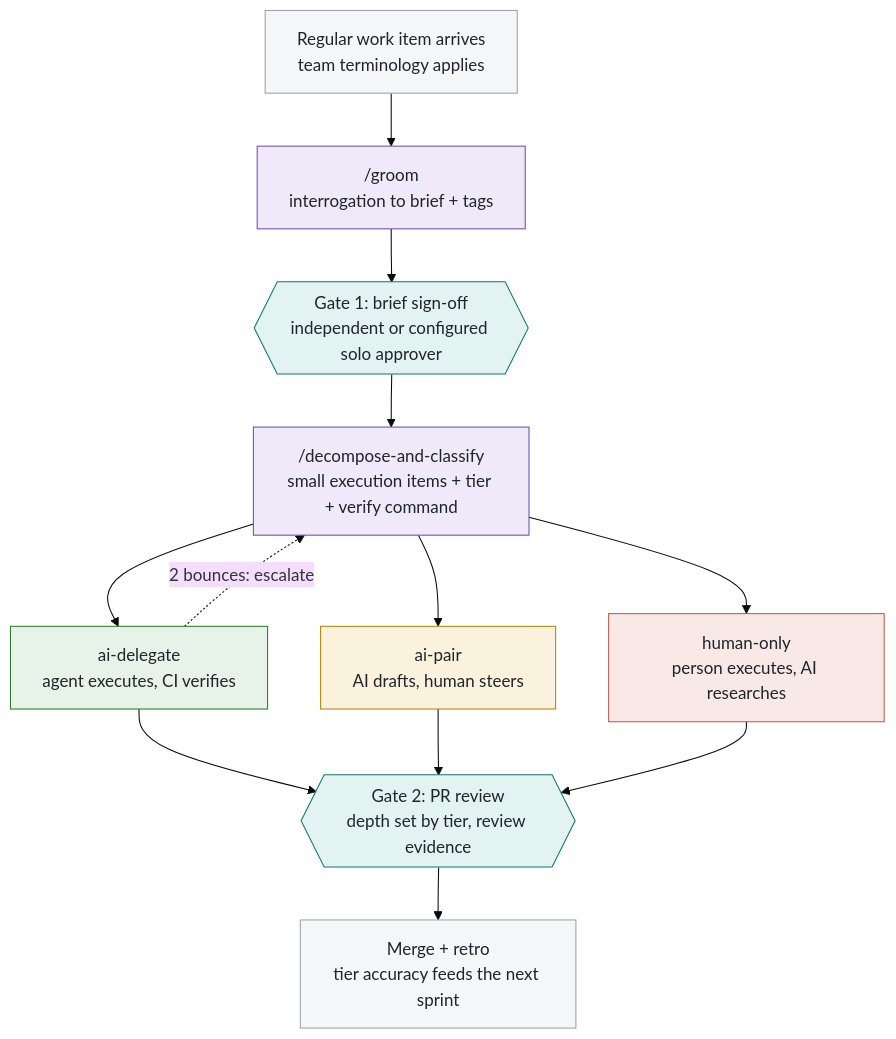
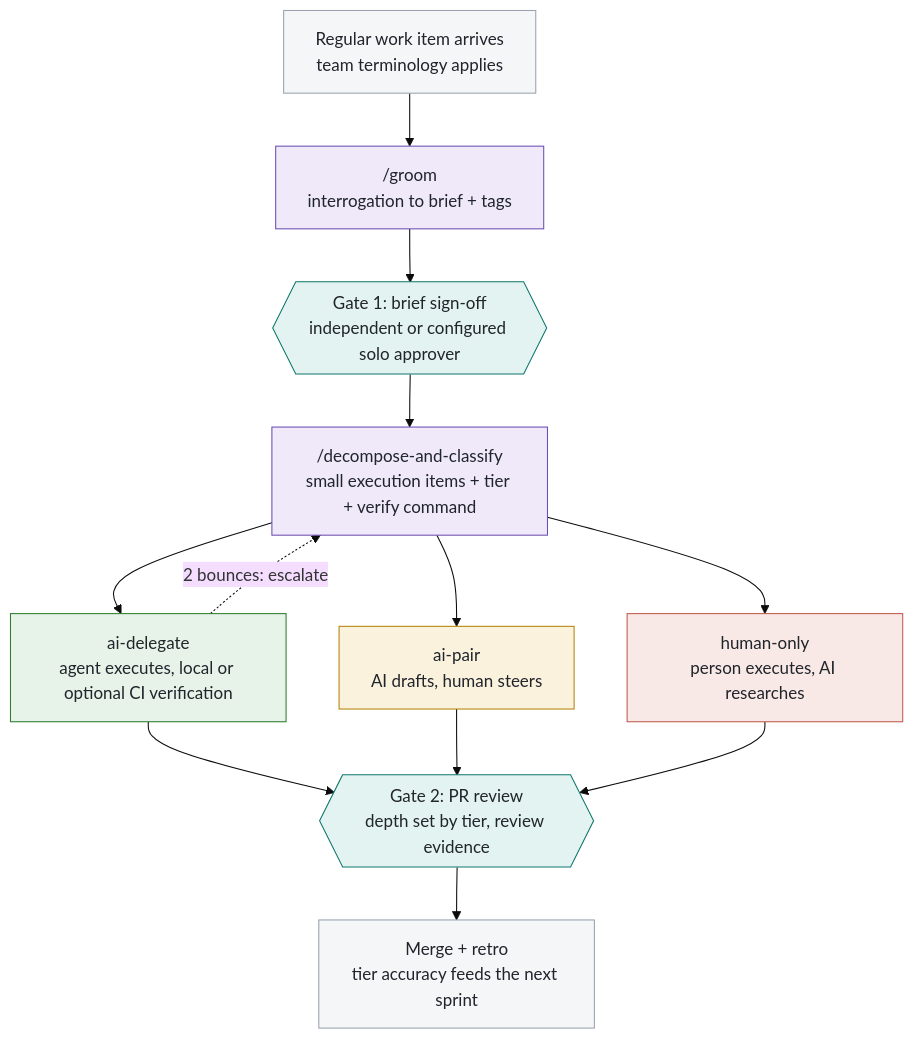
The first of 3 diagrams in whitepaper.md (izavdev/ai_first), drawn with Mermaid (base theme) before and after one commit. The commit also changed other lines of this file and 25 other files, not shown here.

First line of the commit message:
Refine schema validation and approval processes

````diff
--- a/whitepaper.md
+++ b/whitepaper.md
@@ -61,35 +61,35 @@
 ```mermaid
 flowchart TD
     A["Regular work item arrives<br/>team terminology applies"]
     B["/groom<br/>interrogation to brief + tags"]
     C{{"Gate 1: brief sign-off<br/>independent or configured solo approver"}}
     D["/decompose-and-classify<br/>small execution items + tier + verify command"]
-    E["ai-delegate<br/>agent executes, CI verifies"]
+    E["ai-delegate<br/>agent executes, local or optional CI verification"]
     F["ai-pair<br/>AI drafts, human steers"]
     G["human-only<br/>person executes, AI researches"]
     H{{"Gate 2: PR review<br/>depth set by tier, review evidence"}}
     I["Merge + retro<br/>tier accuracy feeds the next sprint"]
 
     A --> B --> C --> D
     D --> E
     D --> F
     D --> G
     E --> H
     F --> H
     G --> H
     H --> I
     E -. "2 bounces: escalate" .-> D
 
     classDef skill fill:#efe9fa,stroke:#6d4fb3,color:#20242b
     classDef gate fill:#e2f3f1,stroke:#0f766e,color:#20242b
     classDef delegate fill:#e7f3e8,stroke:#2e7d32,color:#20242b
     classDef pair fill:#faf2dd,stroke:#b5850b,color:#20242b
     classDef human fill:#f9e9e6,stroke:#c05b4d,color:#20242b
     classDef plain fill:#f4f6f8,stroke:#9aa3af,color:#20242b
     class B,D skill
     class C,H gate
     class E delegate
     class F pair
     class G human
     class A,I plain
 ```
````
